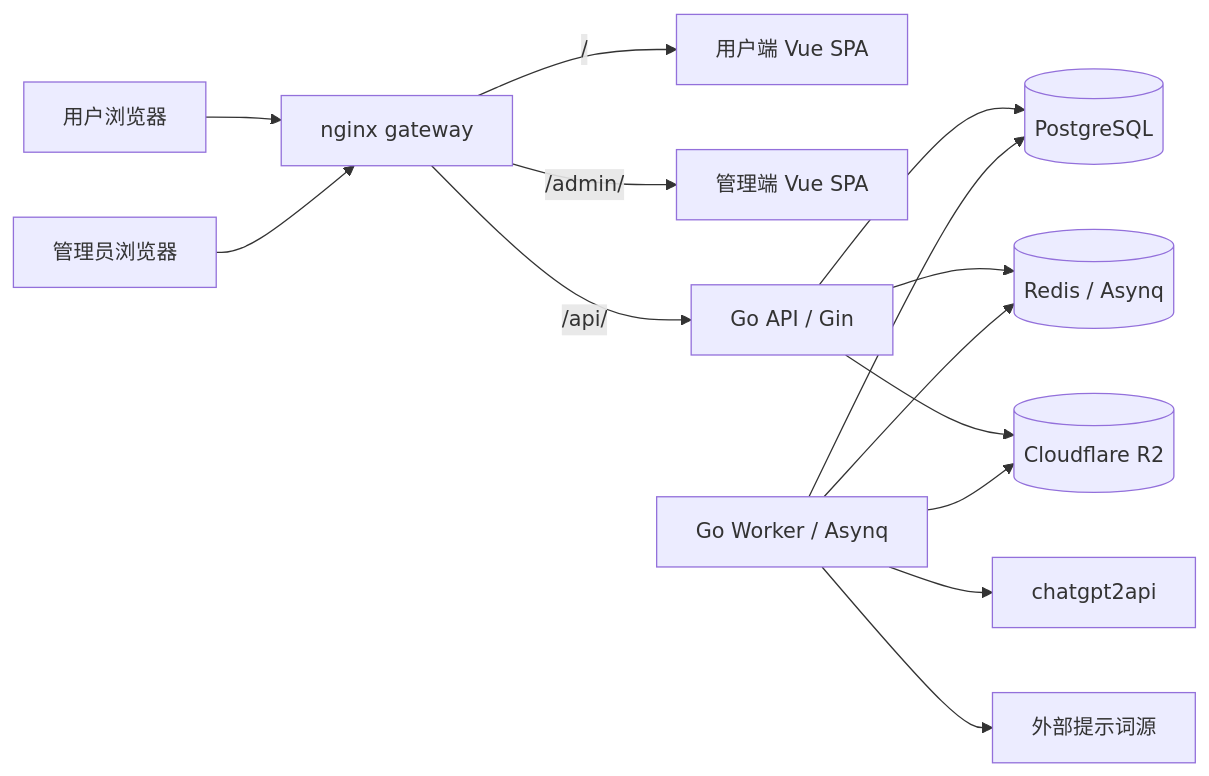
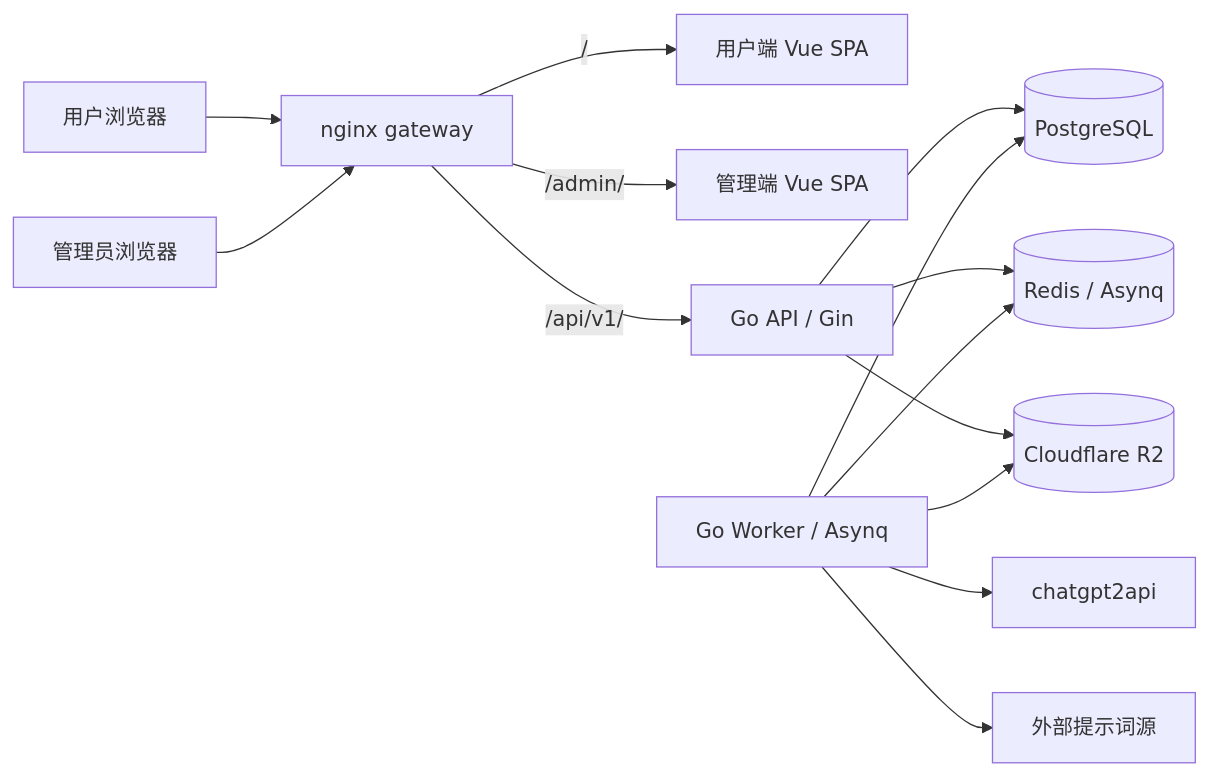
The first of 2 diagrams in docs/ARCHITECTURE.md (BlankLife886/startcloudsai), drawn with Mermaid before and after one commit. The commit also changed other lines of this file and 85 other files, not shown here.

````diff
--- a/docs/ARCHITECTURE.md
+++ b/docs/ARCHITECTURE.md
@@ -7,16 +7,16 @@
 ```mermaid
 flowchart LR
   U[用户浏览器] --> G[nginx gateway]
   A[管理员浏览器] --> G
   G -->|/| W[用户端 Vue SPA]
   G -->|/admin/| M[管理端 Vue SPA]
-  G -->|/api/| S[Go API / Gin]
+  G -->|/api/v1/| S[Go API / Gin]
   S --> P[(PostgreSQL)]
   S --> R[(Redis / Asynq)]
   S --> O[(Cloudflare R2)]
   K[Go Worker / Asynq] --> P
   K --> R
   K --> C[chatgpt2api]
   K --> O
   K --> X[外部提示词源]
 ```
````
